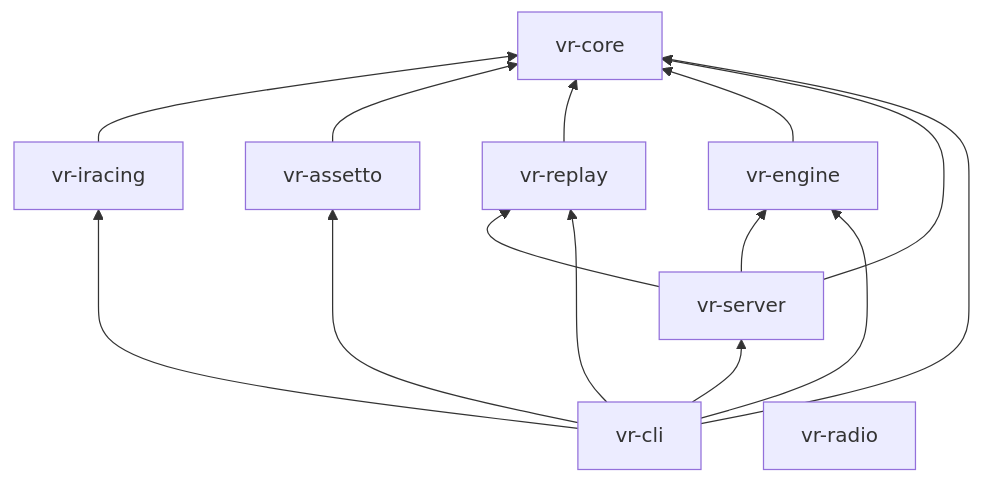
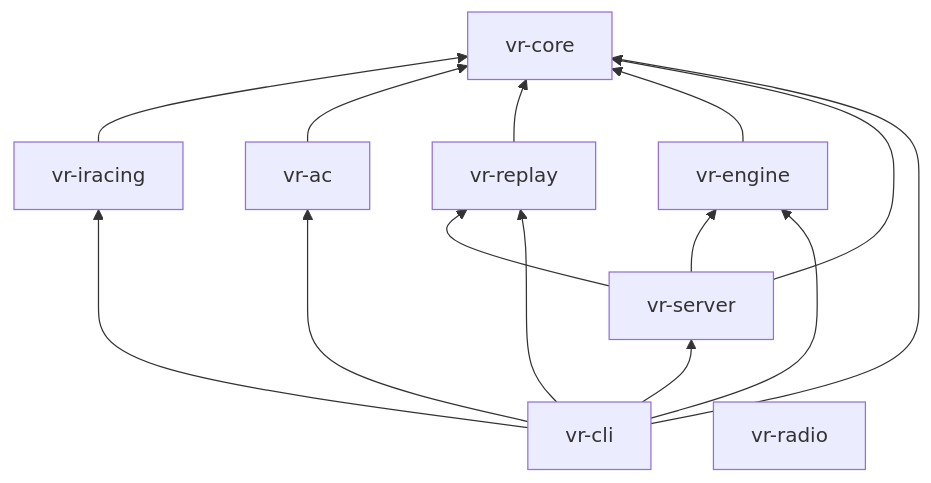
One commit to r4ai/vibe-racing changed the third of 5 diagrams in docs/architecture.md. Above: the diagram before and after it, drawn with Mermaid. The commit also changed other lines of this file and 22 other files, not shown here.

````diff
--- a/docs/architecture.md
+++ b/docs/architecture.md
@@ -143,18 +143,18 @@
 ```mermaid
 flowchart BT
     core[vr-core]
     iracing[vr-iracing] --> core
-    assetto[vr-assetto] --> core
+    assetto[vr-ac] --> core
     replay[vr-replay] --> core
     engine[vr-engine] --> core
     server[vr-server] --> engine
     server --> replay
     server --> core
     cli[vr-cli] --> server
     cli --> engine
     cli --> iracing
     cli --> assetto
     cli --> replay
     cli --> core
     radio[vr-radio]
 ```
````
